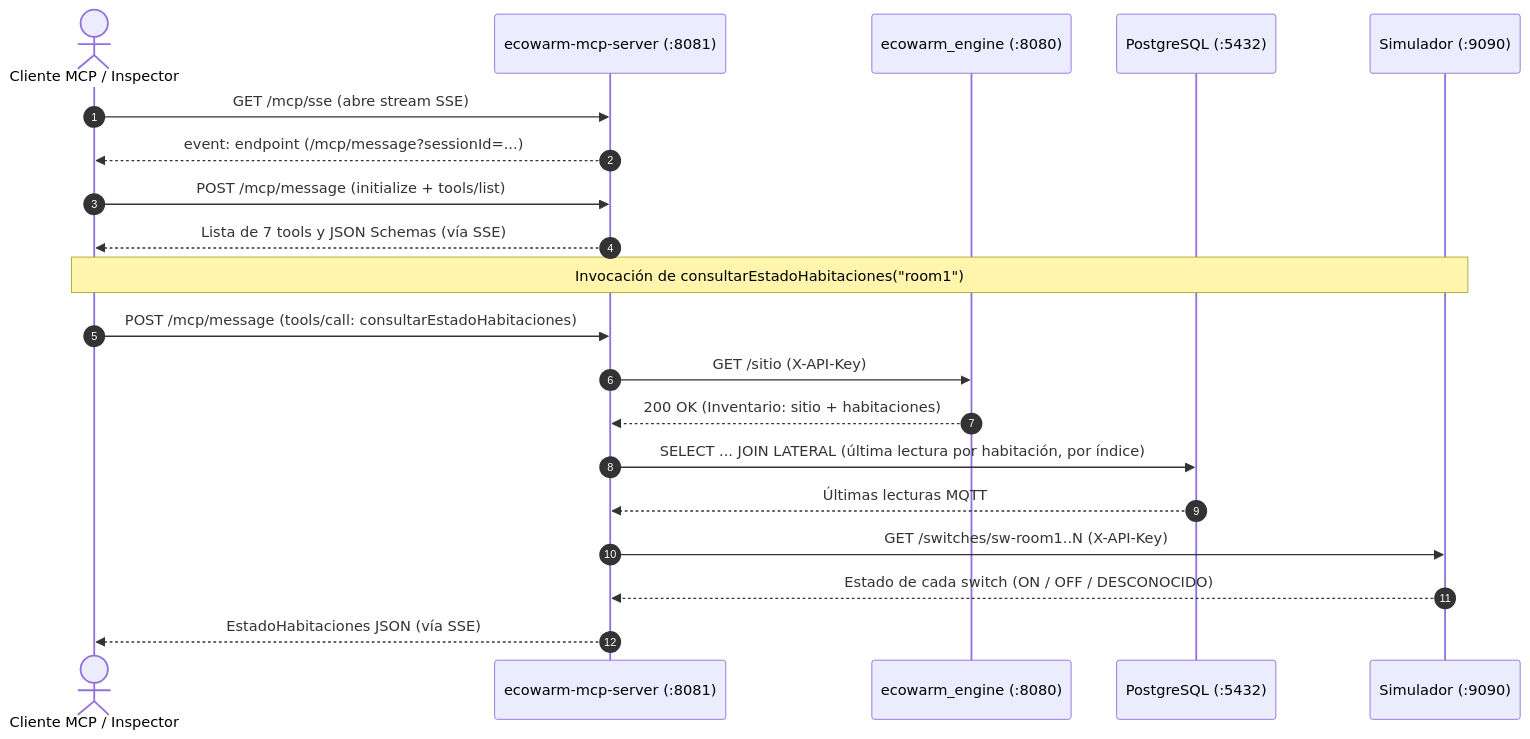
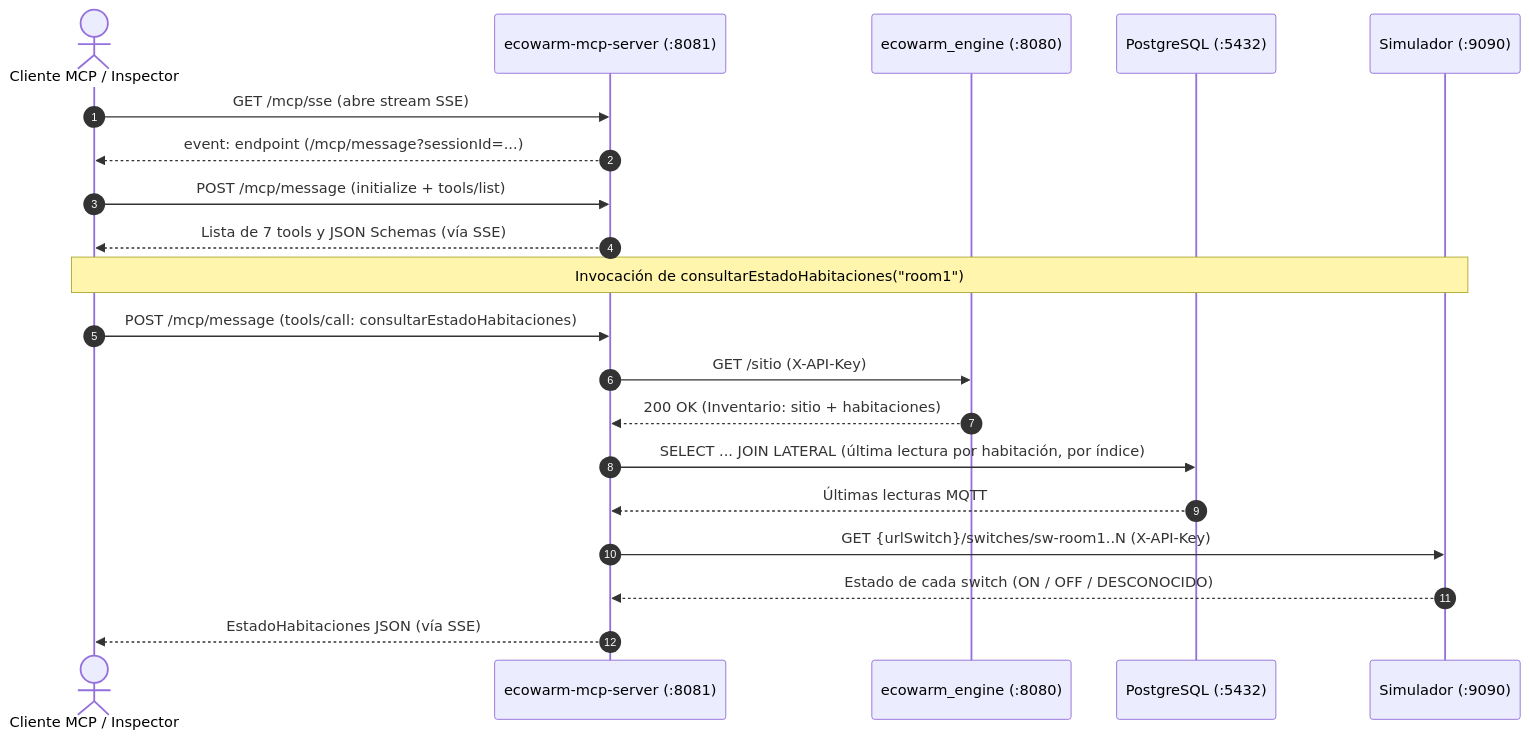
One commit to guzmanbarbatto/iiss-2026-grupo-3-vespertino changed the second of 3 diagrams in docs/mcp/4mas1-mcp.md. Above: the diagram before and after it, drawn with Mermaid. The commit also changed other lines of this file and 33 other files, not shown here.

````diff
--- a/docs/mcp/4mas1-mcp.md
+++ b/docs/mcp/4mas1-mcp.md
@@ -112,24 +112,24 @@
 ```mermaid
 sequenceDiagram
     autonumber
     actor Agente as Cliente MCP / Inspector
     participant MCP as ecowarm-mcp-server (:8081)
     participant Engine as ecowarm_engine (:8080)
     participant DB as PostgreSQL (:5432)
     participant Sim as Simulador (:9090)
 
     Agente->>MCP: GET /mcp/sse (abre stream SSE)
     MCP-->>Agente: event: endpoint (/mcp/message?sessionId=...)
     Agente->>MCP: POST /mcp/message (initialize + tools/list)
     MCP-->>Agente: Lista de 7 tools y JSON Schemas (vía SSE)
 
     Note over Agente,Sim: Invocación de consultarEstadoHabitaciones("room1")
     Agente->>MCP: POST /mcp/message (tools/call: consultarEstadoHabitaciones)
     MCP->>Engine: GET /sitio (X-API-Key)
     Engine-->>MCP: 200 OK (Inventario: sitio + habitaciones)
     MCP->>DB: SELECT ... JOIN LATERAL (última lectura por habitación, por índice)
     DB-->>MCP: Últimas lecturas MQTT
-    MCP->>Sim: GET /switches/sw-room1..N (X-API-Key)
+    MCP->>Sim: GET {urlSwitch}/switches/sw-room1..N (X-API-Key)
     Sim-->>MCP: Estado de cada switch (ON / OFF / DESCONOCIDO)
     MCP-->>Agente: EstadoHabitaciones JSON (vía SSE)
 ```
````
